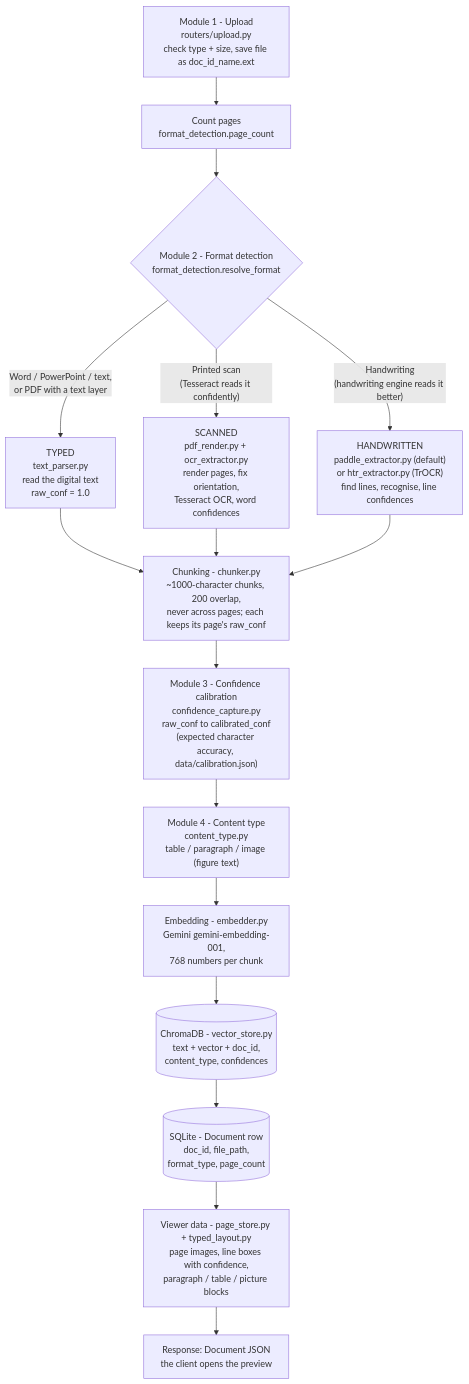
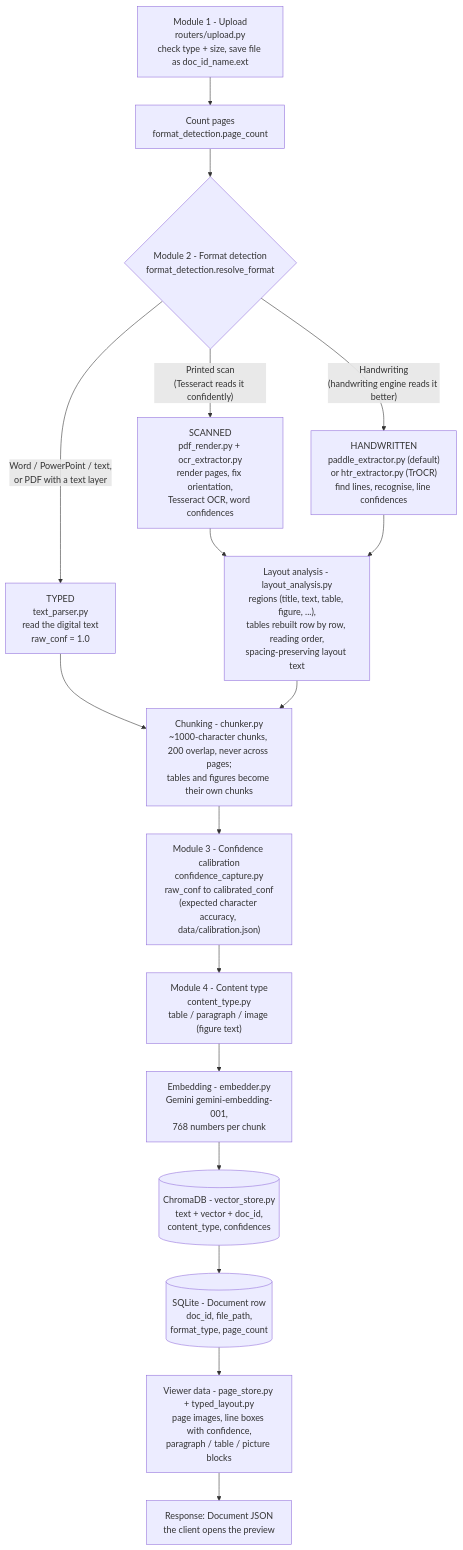
Before and after one commit to om-upadhye/DocBlendAI: the third of 8 diagrams in README.md, drawn with Mermaid. The commit also changed other lines of this file and 19 other files, not shown here.

First line of the commit message:
Layout analysis: regions, tables, reading order, and spacing for scans and handwriting

````diff
--- a/README.md
+++ b/README.md
@@ -125,21 +126,22 @@
 ```mermaid
 flowchart TD
     U["Module 1 - Upload<br/>routers/upload.py<br/>check type + size, save file as doc_id_name.ext"] --> C["Count pages<br/>format_detection.page_count"]
     C --> D{"Module 2 - Format detection<br/>format_detection.resolve_format"}
 
     D -- "Word / PowerPoint / text,<br/>or PDF with a text layer" --> TP["TYPED<br/>text_parser.py<br/>read the digital text<br/>raw_conf = 1.0"]
     D -- "Printed scan<br/>(Tesseract reads it confidently)" --> OCR["SCANNED<br/>pdf_render.py + ocr_extractor.py<br/>render pages, fix orientation,<br/>Tesseract OCR, word confidences"]
     D -- "Handwriting<br/>(handwriting engine reads it better)" --> HTR["HANDWRITTEN<br/>paddle_extractor.py (default)<br/>or htr_extractor.py (TrOCR)<br/>find lines, recognise, line confidences"]
 
     TP --> CH
-    OCR --> CH
-    HTR --> CH
+    OCR --> LA
+    HTR --> LA
+    LA["Layout analysis - layout_analysis.py<br/>regions (title, text, table, figure, ...),<br/>tables rebuilt row by row, reading order,<br/>spacing-preserving layout text"] --> CH
 
-    CH["Chunking - chunker.py<br/>~1000-character chunks, 200 overlap,<br/>never across pages; each keeps its page's raw_conf"] --> CAL["Module 3 - Confidence calibration<br/>confidence_capture.py<br/>raw_conf to calibrated_conf<br/>(expected character accuracy, data/calibration.json)"]
+    CH["Chunking - chunker.py<br/>~1000-character chunks, 200 overlap, never across pages;<br/>tables and figures become their own chunks"] --> CAL["Module 3 - Confidence calibration<br/>confidence_capture.py<br/>raw_conf to calibrated_conf<br/>(expected character accuracy, data/calibration.json)"]
     CAL --> CT["Module 4 - Content type<br/>content_type.py<br/>table / paragraph / image (figure text)"]
     CT --> EMB["Embedding - embedder.py<br/>Gemini gemini-embedding-001,<br/>768 numbers per chunk"]
     EMB --> VS[("ChromaDB - vector_store.py<br/>text + vector + doc_id,<br/>content_type, confidences")]
     VS --> ROW[("SQLite - Document row<br/>doc_id, file_path,<br/>format_type, page_count")]
     ROW --> PS["Viewer data - page_store.py + typed_layout.py<br/>page images, line boxes with confidence,<br/>paragraph / table / picture blocks"]
     PS --> OUT["Response: Document JSON<br/>the client opens the preview"]
 ```
````
